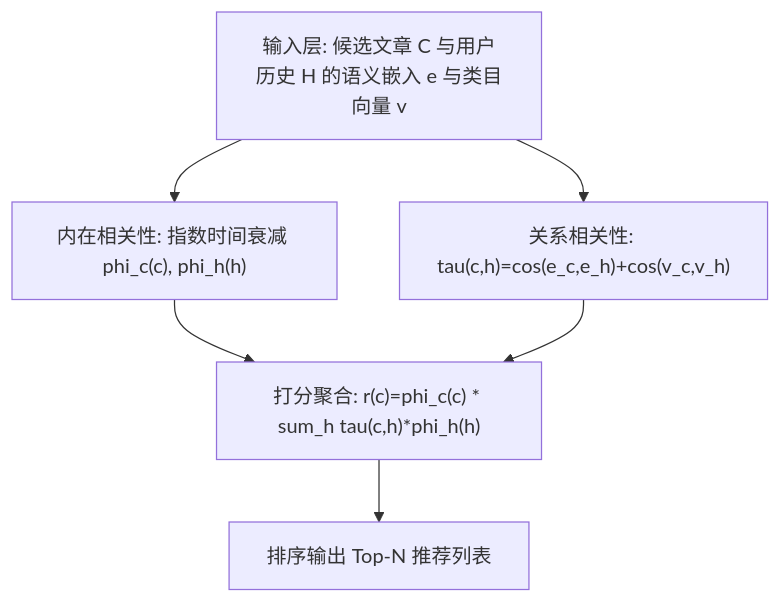
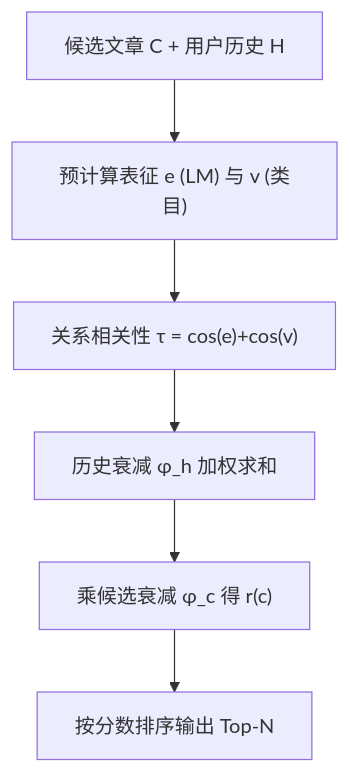
One commit to jbdcia321vw/Paper-Notes changed the diagram in docs/venues/SIGIR/2026/collaborative_filtering/zorro_a_zero_weight_personalized_recommender_system_for_scalable_news_recom.md. Above: the diagram before and after it, drawn with Mermaid. The commit also changed other lines of this file and 1119 other files, not shown here.

````diff
--- a/docs/venues/SIGIR/2026/collaborative_filtering/zorro_a_zero_weight_personalized_recommender_system_for_scalable_news_recom.md
+++ b/docs/venues/SIGIR/2026/collaborative_filtering/zorro_a_zero_weight_personalized_recommender_system_for_scalable_news_recom.md
@@ -56,8 +47,8 @@
 ```mermaid
 flowchart TD
-    A["输入层: 候选文章 C 与用户历史 H 的语义嵌入 e 与类目向量 v"] --> B["内在相关性: 指数时间衰减 phi_c(c), phi_h(h)"]
-    A --> C["关系相关性: tau(c,h)=cos(e_c,e_h)+cos(v_c,v_h)"]
-    B --> D["打分聚合: r(c)=phi_c(c) * sum_h tau(c,h)*phi_h(h)"]
-    C --> D
-    D --> E["排序输出 Top-N 推荐列表"]
+    A["候选文章 C + 用户历史 H"] --> B["预计算表征 e (LM) 与 v (类目)"]
+    B --> C["关系相关性 τ = cos(e)+cos(v)"]
+    C --> D["历史衰减 φ_h 加权求和"]
+    D --> E["乘候选衰减 φ_c 得 r(c)"]
+    E --> F["按分数排序输出 Top-N"]
 ```
````
